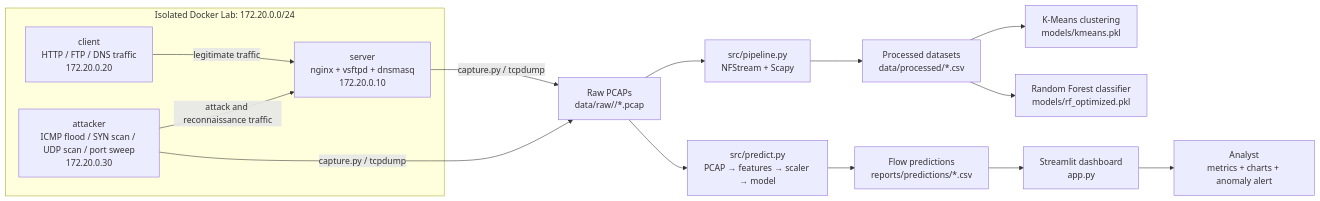
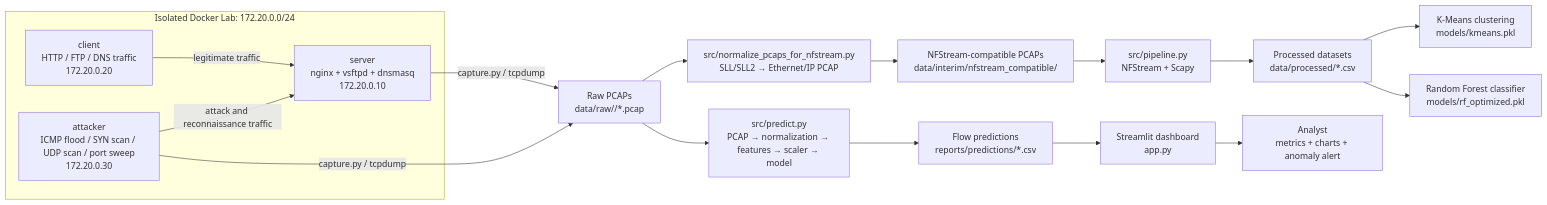
The diagram in README.md (angelperezcastro/CNC_Project), drawn with Mermaid before and after one commit. The commit also changed other lines of this file and 1 other file, not shown here.

````diff
--- a/README.md
+++ b/README.md
@@ -51,26 +51,29 @@
 ```mermaid
 flowchart LR
     subgraph DockerLab["Isolated Docker Lab: 172.20.0.0/24"]
         Server["server\nnginx + vsftpd + dnsmasq\n172.20.0.10"]
         Client["client\nHTTP / FTP / DNS traffic\n172.20.0.20"]
         Attacker["attacker\nICMP flood / SYN scan / UDP scan / port sweep\n172.20.0.30"]
     end
 
     Client -->|"legitimate traffic"| Server
     Attacker -->|"attack and reconnaissance traffic"| Server
 
     Server -->|"capture.py / tcpdump"| RawPCAP["Raw PCAPs\ndata/raw/<label>/*.pcap"]
     Attacker -->|"capture.py / tcpdump"| RawPCAP
 
-    RawPCAP --> Pipeline["src/pipeline.py\nNFStream + Scapy"]
+    RawPCAP --> Normalize["src/normalize_pcaps_for_nfstream.py\nSLL/SLL2 → Ethernet/IP PCAP"]
+    Normalize --> NormalizedPCAP["NFStream-compatible PCAPs\ndata/interim/nfstream_compatible/"]
+
+    NormalizedPCAP --> Pipeline["src/pipeline.py\nNFStream + Scapy"]
     Pipeline --> Dataset["Processed datasets\ndata/processed/*.csv"]
 
     Dataset --> KMeans["K-Means clustering\nmodels/kmeans.pkl"]
     Dataset --> RF["Random Forest classifier\nmodels/rf_optimized.pkl"]
 
-    RawPCAP --> Predict["src/predict.py\nPCAP → features → scaler → model"]
+    RawPCAP --> Predict["src/predict.py\nPCAP → normalization → features → scaler → model"]
     Predict --> Predictions["Flow predictions\nreports/predictions/*.csv"]
 
     Predictions --> Dashboard["Streamlit dashboard\napp.py"]
     Dashboard --> Analyst["Analyst\nmetrics + charts + anomaly alert"]
 ```
````
